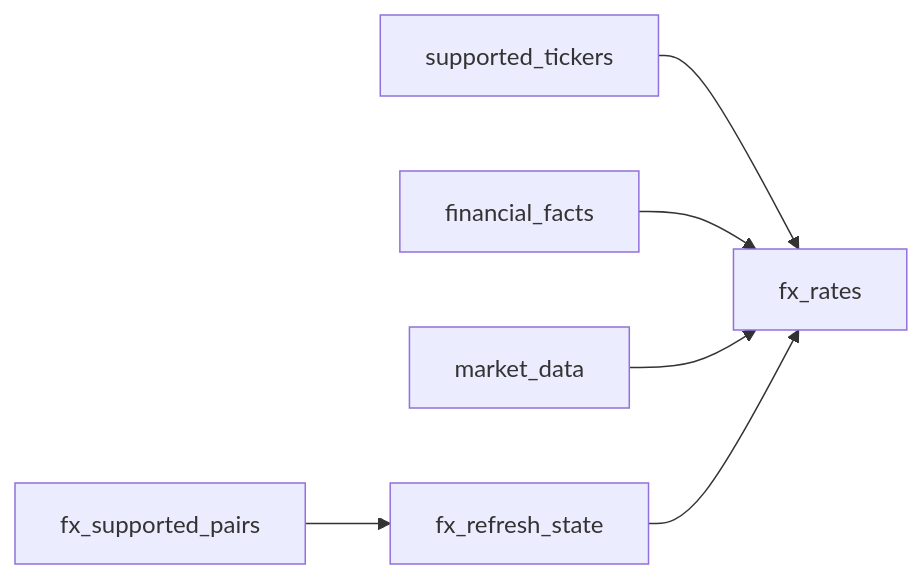
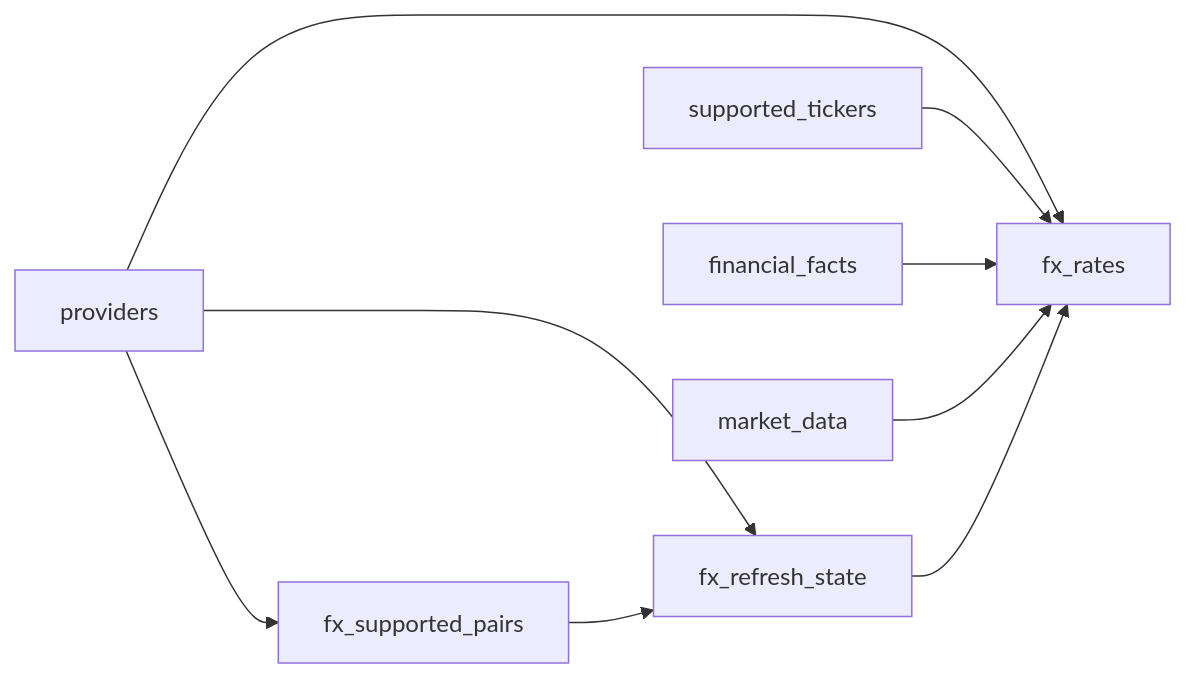
The second of 2 diagrams in docs/architecture/database/relationships.md (emretezel/pyvalue), drawn with Mermaid before and after one commit. The commit also changed other lines of this file and 7 other files, not shown here.

````diff
--- a/docs/architecture/database/relationships.md
+++ b/docs/architecture/database/relationships.md
@@ -27,8 +35,11 @@
 ```mermaid
 flowchart LR
+    providers --> fx_supported_pairs
+    providers --> fx_refresh_state
+    providers --> fx_rates
     supported_tickers --> fx_rates
     financial_facts --> fx_rates
     market_data --> fx_rates
     fx_supported_pairs --> fx_refresh_state
     fx_refresh_state --> fx_rates
 ```
````
